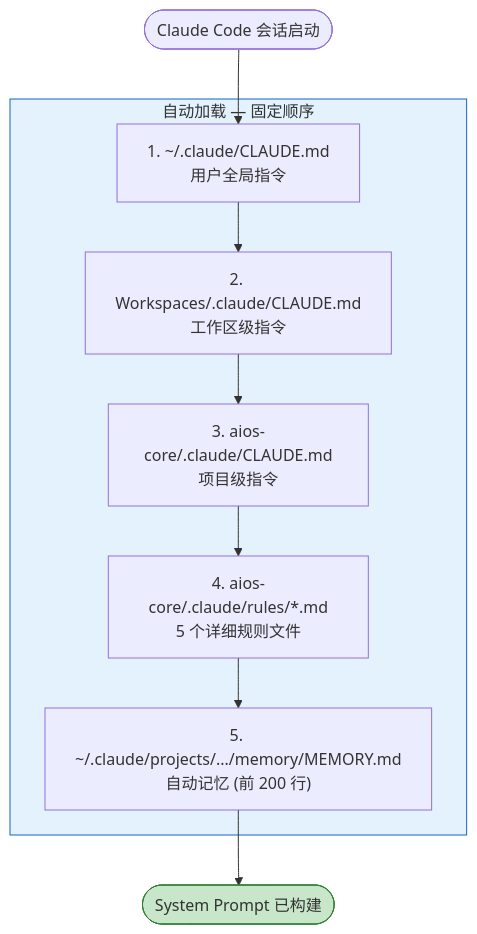
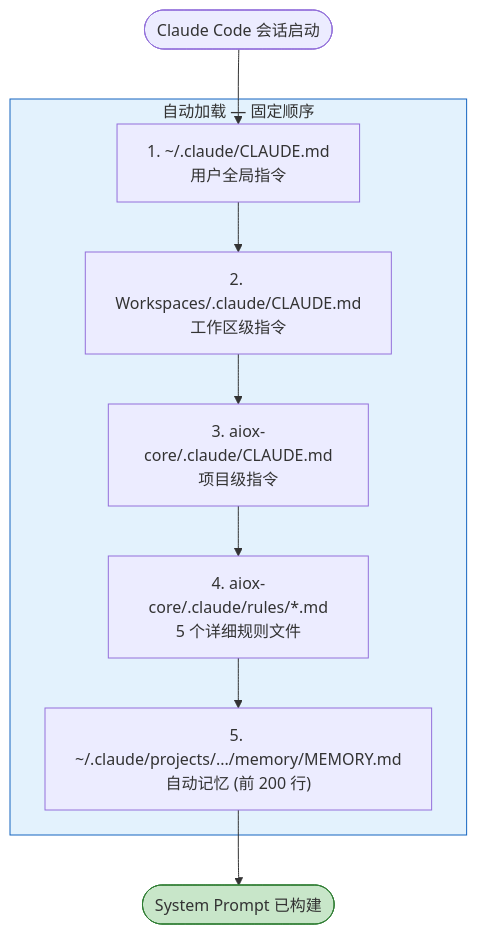
The third of 18 diagrams in docs/zh/guides/MEMORY-SYSTEM.md (brunajunckes/aiox-core), drawn with Mermaid before and after one commit. The commit also changed other lines of this file and 3446 other files, not shown here.

First line of the commit message:
chore: rebrand aios → aiox across entire codebase (#552)

````diff
--- a/docs/zh/guides/MEMORY-SYSTEM.md
+++ b/docs/zh/guides/MEMORY-SYSTEM.md
@@ -175,22 +175,22 @@
 ```mermaid
 flowchart TD
     START([Claude Code 会话启动]) --> LOAD_GLOBAL
 
     subgraph LOAD["自动加载 — 固定顺序"]
         LOAD_GLOBAL["1. ~/.claude/CLAUDE.md<br/>用户全局指令"]
         LOAD_WORKSPACE["2. Workspaces/.claude/CLAUDE.md<br/>工作区级指令"]
-        LOAD_PROJECT["3. aios-core/.claude/CLAUDE.md<br/>项目级指令"]
-        LOAD_RULES["4. aios-core/.claude/rules/*.md<br/>5 个详细规则文件"]
+        LOAD_PROJECT["3. aiox-core/.claude/CLAUDE.md<br/>项目级指令"]
+        LOAD_RULES["4. aiox-core/.claude/rules/*.md<br/>5 个详细规则文件"]
         LOAD_MEMORY["5. ~/.claude/projects/.../memory/MEMORY.md<br/>自动记忆 (前 200 行)"]
     end
 
     LOAD_GLOBAL --> LOAD_WORKSPACE
     LOAD_WORKSPACE --> LOAD_PROJECT
     LOAD_PROJECT --> LOAD_RULES
     LOAD_RULES --> LOAD_MEMORY
 
     LOAD_MEMORY --> READY([System Prompt 已构建])
 
     style LOAD fill:#E3F2FD,stroke:#1565C0
     style READY fill:#C8E6C9,stroke:#2E7D32
 ```
````
